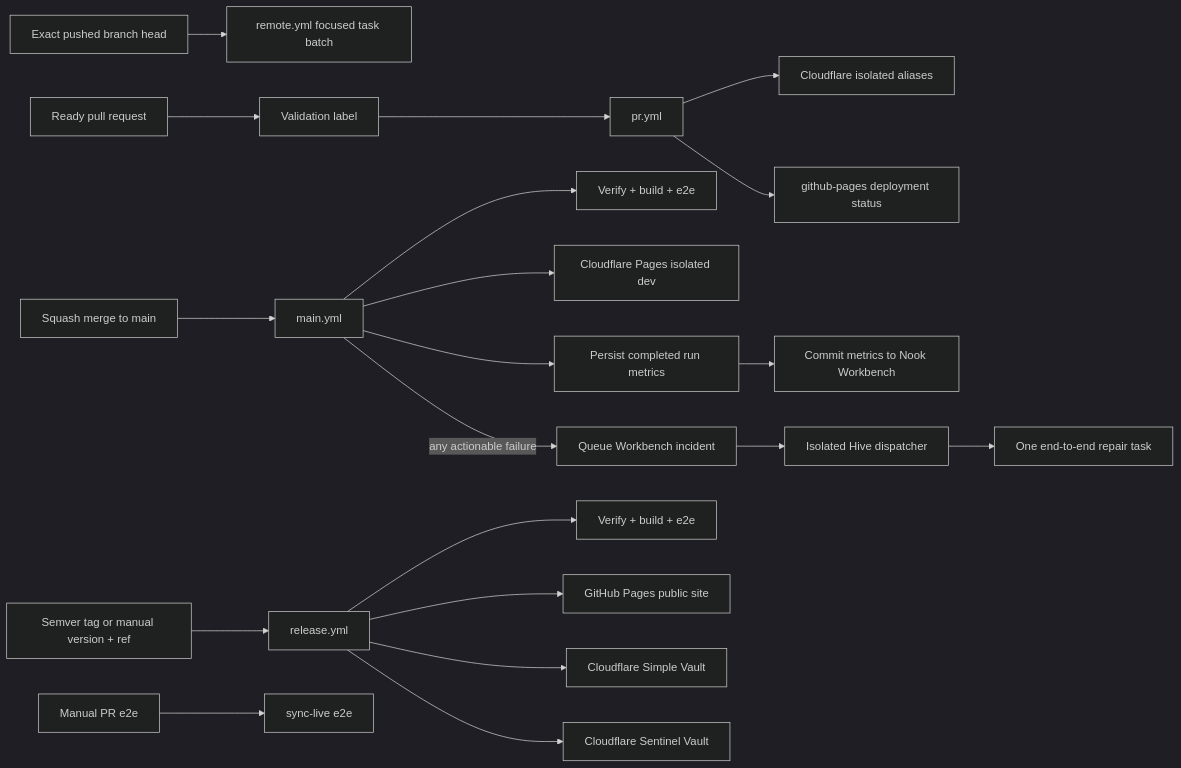
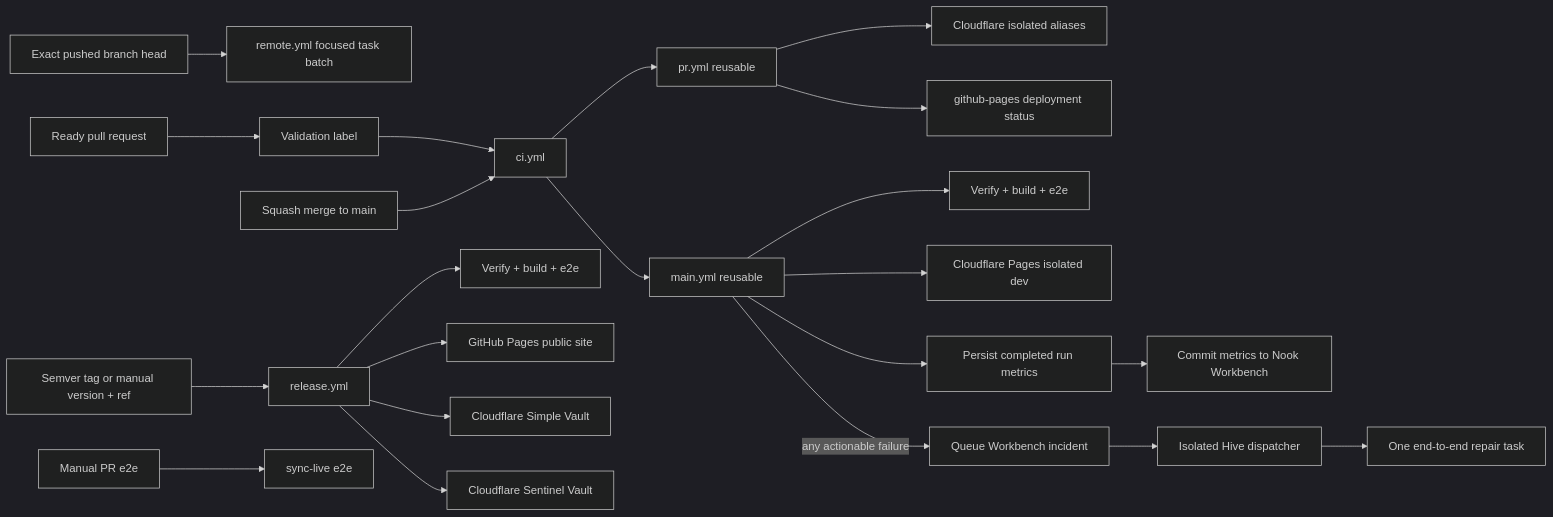
One commit to meta-secret/nook changed the diagram in .cortex/teams/sre/workflows/ci-pipeline.md. Above: the diagram before and after it, drawn with Mermaid (dark theme). The commit also changed other lines of this file and 27 other files, not shown here.

````diff
--- a/.cortex/teams/sre/workflows/ci-pipeline.md
+++ b/.cortex/teams/sre/workflows/ci-pipeline.md
@@ -234,26 +238,28 @@
 ```mermaid
 flowchart LR
   branch[Exact pushed branch head] --> remote_yml[remote.yml focused task batch]
   PR[Ready pull request] --> label[Validation label]
-  label --> pr_yml[pr.yml]
+  label --> ci_yml[ci.yml]
+  ci_yml --> pr_yml[pr.yml reusable]
   pr_yml --> preview[Cloudflare isolated aliases]
   pr_yml --> pr_deployment[github-pages deployment status]
 
-  merge[Squash merge to main] --> main_yml[main.yml]
+  merge[Squash merge to main] --> ci_yml
+  ci_yml --> main_yml[main.yml reusable]
   main_yml --> main_verify[Verify + build + e2e]
   main_yml --> cf_dev[Cloudflare Pages isolated dev]
   main_yml --> main_stats[Persist completed run metrics]
   main_stats --> workbench_stats[Commit metrics to Nook Workbench]
   main_yml -->|any actionable failure| main_failure[Queue Workbench incident]
   main_failure --> hive_dispatcher[Isolated Hive dispatcher]
   hive_dispatcher --> hive_worker[One end-to-end repair task]
 
   release[Semver tag or manual version + ref] --> release_yml[release.yml]
   release_yml --> release_verify[Verify + build + e2e]
   release_yml --> pages[GitHub Pages public site]
   release_yml --> simple_cf[Cloudflare Simple Vault]
   release_yml --> sentinel_cf[Cloudflare Sentinel Vault]
 
   manual_e2e[Manual PR e2e] --> e2e_live[sync-live e2e]
 
 ```
````
